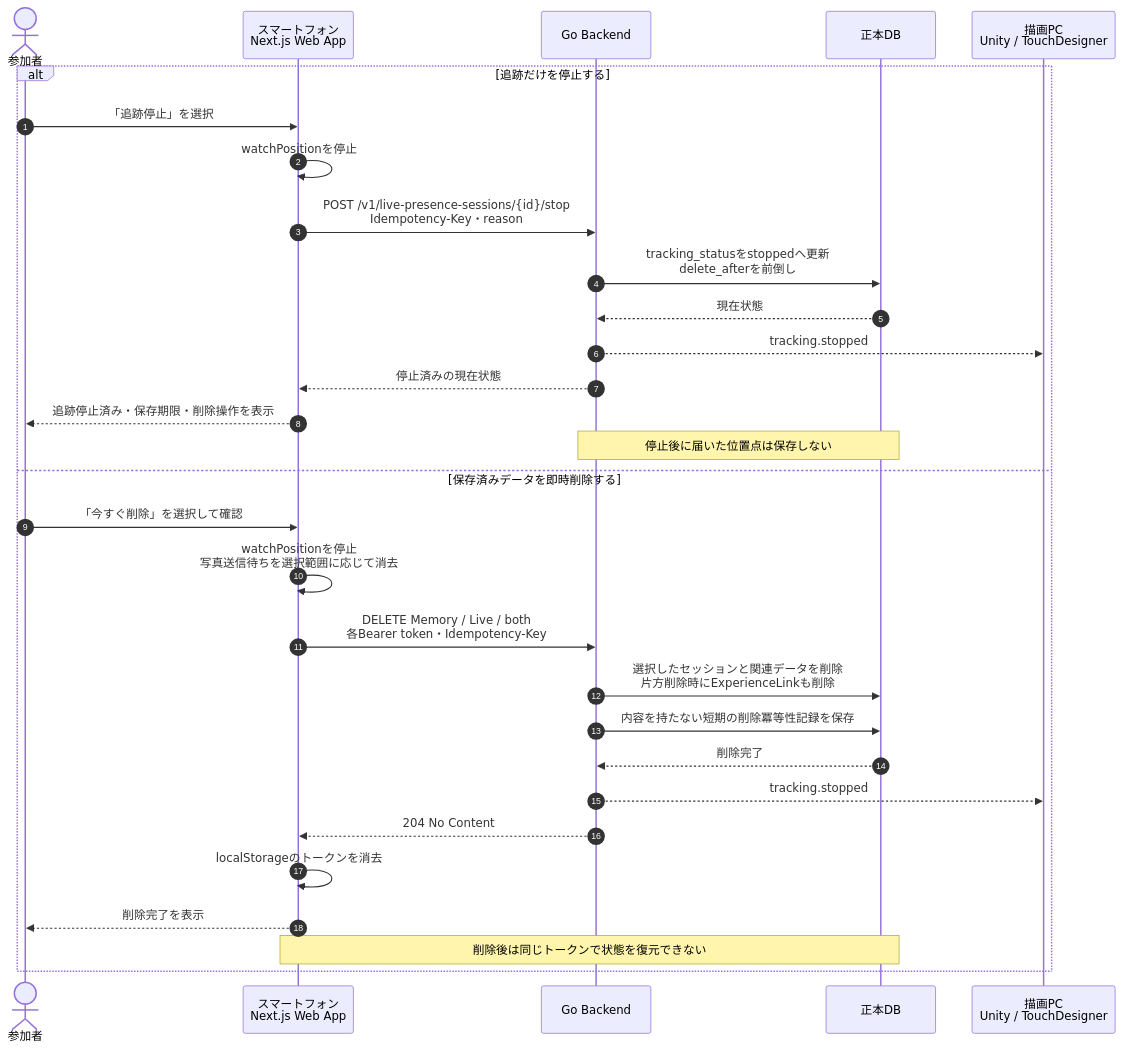
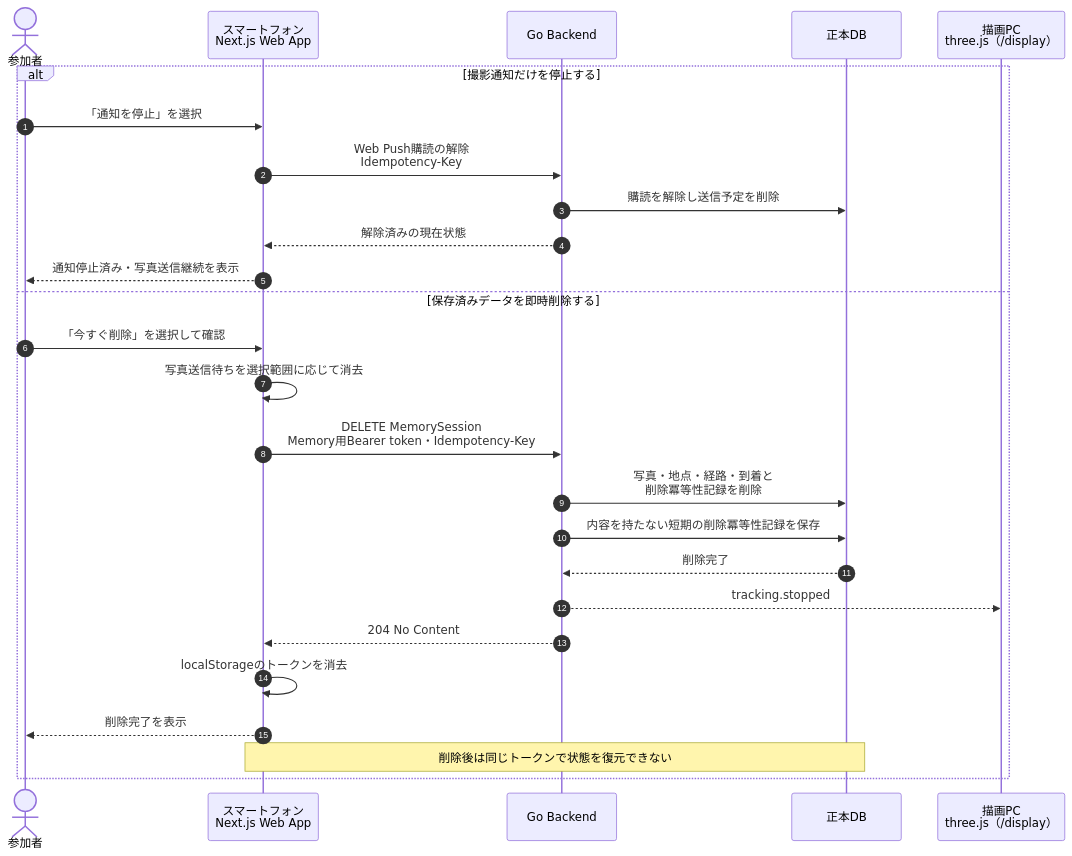
The fifth of 6 diagrams in docs/uml-diagrams.md (Mino829/trace-campus-installation), drawn with Mermaid before and after one commit. The commit also changed other lines of this file and 15 other files, not shown here.

````diff
--- a/docs/uml-diagrams.md
+++ b/docs/uml-diagrams.md
@@ -322,33 +313,29 @@
 ```mermaid
 sequenceDiagram
     autonumber
     actor User as 参加者
     participant Browser as スマートフォン<br/>Next.js Web App
     participant API as Go Backend
     participant DB as 正本DB
-    participant Renderer as 描画PC<br/>Unity / TouchDesigner
+    participant Renderer as 描画PC<br/>three.js（/display）
 
-    alt 追跡だけを停止する
-        User->>Browser: 「追跡停止」を選択
-        Browser->>Browser: watchPositionを停止
-        Browser->>API: POST /v1/live-presence-sessions/{id}/stop<br/>Idempotency-Key・reason
-        API->>DB: tracking_statusをstoppedへ更新<br/>delete_afterを前倒し
-        DB-->>API: 現在状態
-        API-->>Renderer: tracking.stopped
-        API-->>Browser: 停止済みの現在状態
-        Browser-->>User: 追跡停止済み・保存期限・削除操作を表示
-        Note over API,DB: 停止後に届いた位置点は保存しない
+    alt 撮影通知だけを停止する
+        User->>Browser: 「通知を停止」を選択
+        Browser->>API: Web Push購読の解除<br/>Idempotency-Key
+        API->>DB: 購読を解除し送信予定を削除
+        API-->>Browser: 解除済みの現在状態
+        Browser-->>User: 通知停止済み・写真送信継続を表示
     else 保存済みデータを即時削除する
         User->>Browser: 「今すぐ削除」を選択して確認
-        Browser->>Browser: watchPositionを停止<br/>写真送信待ちを選択範囲に応じて消去
-        Browser->>API: DELETE Memory / Live / both<br/>各Bearer token・Idempotency-Key
-        API->>DB: 選択したセッションと関連データを削除<br/>片方削除時にExperienceLinkも削除
+        Browser->>Browser: 写真送信待ちを選択範囲に応じて消去
+        Browser->>API: DELETE MemorySession<br/>Memory用Bearer token・Idempotency-Key
+        API->>DB: 写真・地点・経路・到着と<br/>削除冪等性記録を削除
         API->>DB: 内容を持たない短期の削除冪等性記録を保存
         DB-->>API: 削除完了
         API-->>Renderer: tracking.stopped
         API-->>Browser: 204 No Content
         Browser->>Browser: localStorageのトークンを消去
         Browser-->>User: 削除完了を表示
         Note over Browser,DB: 削除後は同じトークンで状態を復元できない
     end
 ```
````
